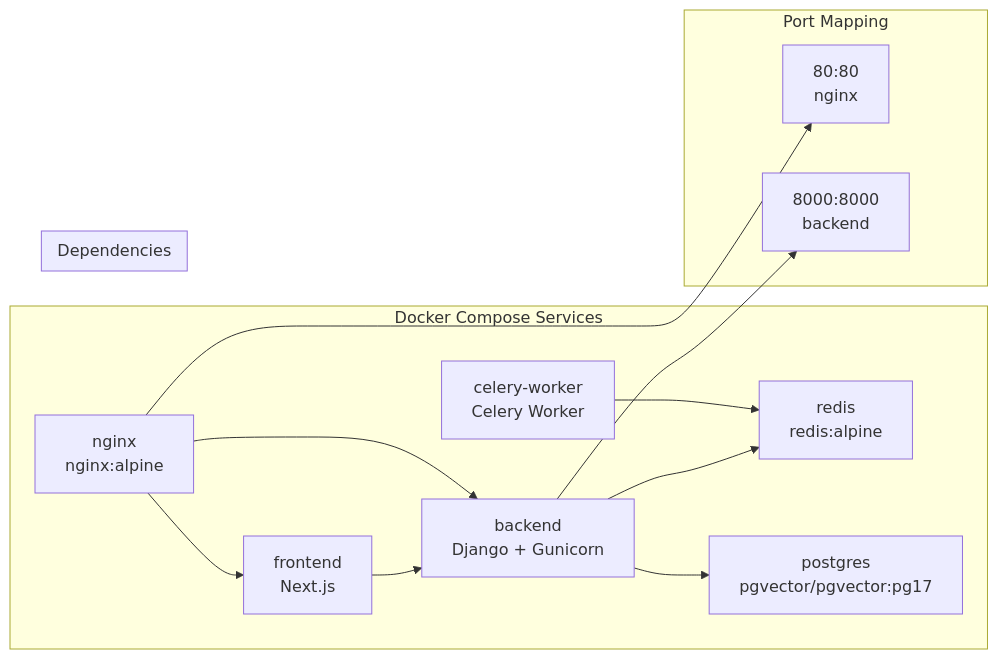
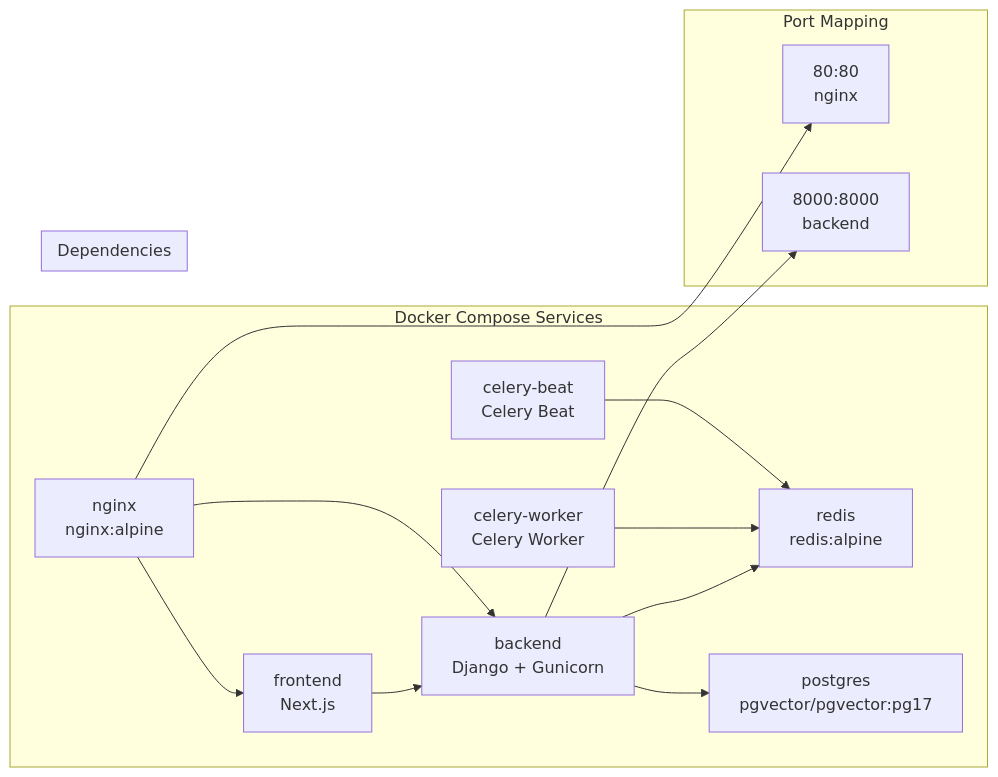
One commit to yukiharada1228/videoq changed the second of 7 diagrams in docs/design/deployment-diagram.md. Above: the diagram before and after it, drawn with Mermaid. The commit also changed other lines of this file, not shown here.

First line of the commit message:
docs: deployment-diagramにcelery-beatサービスを追加

````diff
--- a/docs/design/deployment-diagram.md
+++ b/docs/design/deployment-diagram.md
@@ -72,28 +78,30 @@
 ```mermaid
 graph LR
     subgraph Services["Docker Compose Services"]
         S1[redis<br/>redis:alpine]
         S2[postgres<br/>pgvector/pgvector:pg17]
         S3[backend<br/>Django + Gunicorn]
         S4[celery-worker<br/>Celery Worker]
-        S5[frontend<br/>Next.js]
-        S6[nginx<br/>nginx:alpine]
+        S5[celery-beat<br/>Celery Beat]
+        S6[frontend<br/>Next.js]
+        S7[nginx<br/>nginx:alpine]
     end
     
     subgraph Dependencies["Dependencies"]
         S3 --> S2
         S3 --> S1
         S4 --> S1
-        S5 --> S3
+        S5 --> S1
         S6 --> S3
-        S6 --> S5
+        S7 --> S3
+        S7 --> S6
     end
     
     subgraph Ports["Port Mapping"]
         P1[80:80<br/>nginx]
         P2[8000:8000<br/>backend]
     end
     
-    S6 --> P1
+    S7 --> P1
     S3 --> P2
 ```
````
